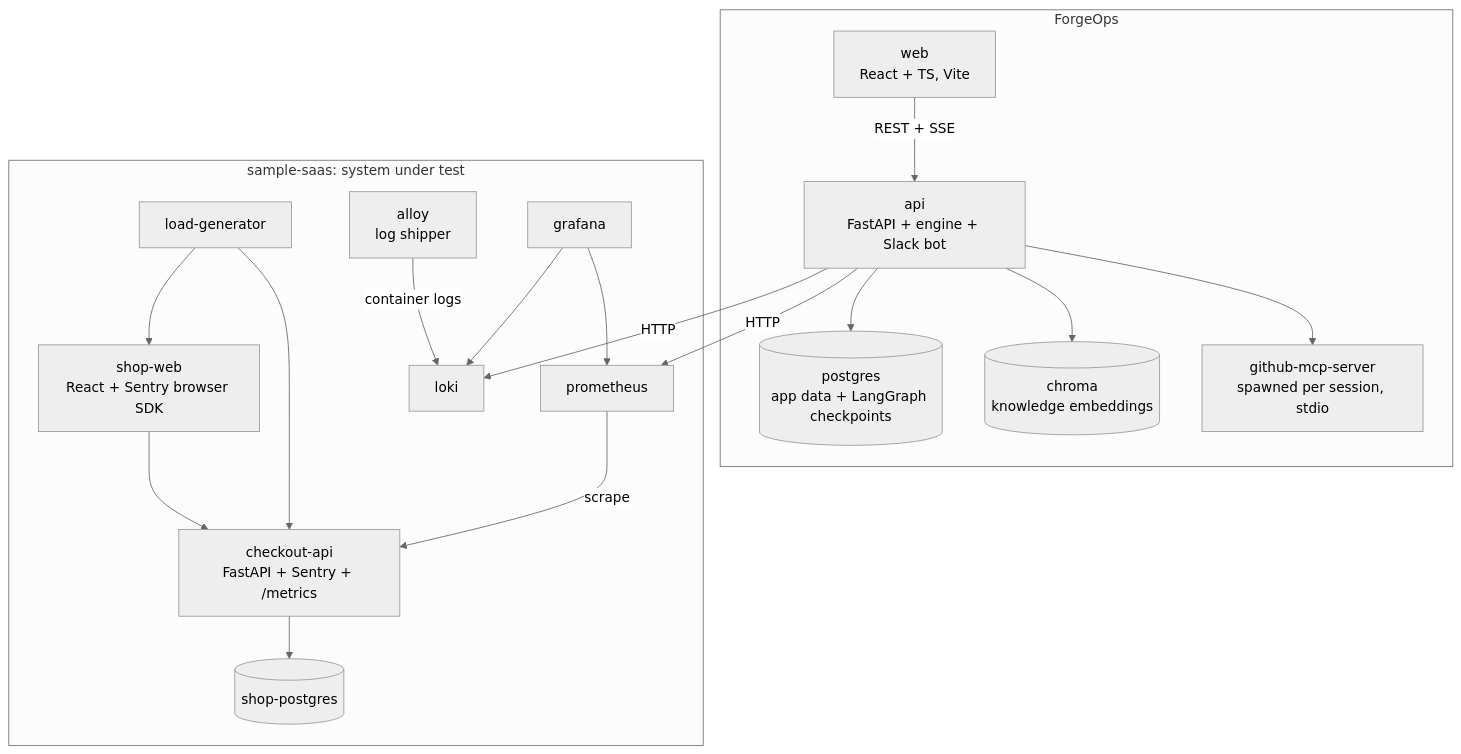
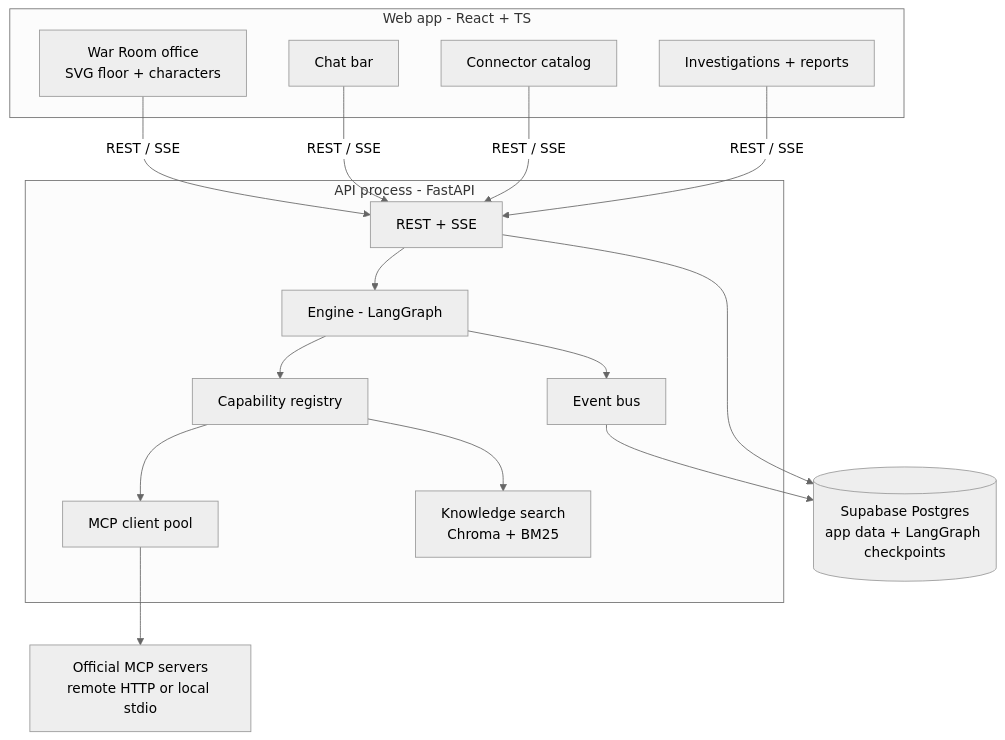
One commit to sanjaypc-github/Forgeops changed the second of 7 diagrams in docs/TRD.md. Above: the diagram before and after it, drawn with Mermaid (neutral theme). The commit also changed other lines of this file and 2 other files, not shown here.

Commit message:
Revise PRD and TRD to v2: area-based agents, MCP connector catalog, agent questions, chat bar

````diff
--- a/docs/TRD.md
+++ b/docs/TRD.md
@@ -43,34 +44,25 @@
 ```mermaid
 flowchart TB
-    subgraph forgeops[ForgeOps]
-        WEB[web<br/>React + TS, Vite]
-        API[api<br/>FastAPI + engine + Slack bot]
-        PG[(postgres<br/>app data + LangGraph checkpoints)]
-        CH[(chroma<br/>knowledge embeddings)]
-        GHMCP[github-mcp-server<br/>spawned per session, stdio]
+    subgraph web[Web app - React + TS]
+        OFFICE[War Room office<br/>SVG floor + characters]
+        CHAT[Chat bar]
+        CAT[Connector catalog]
+        HIST[Investigations + reports]
     end
-    subgraph sample[sample-saas: system under test]
-        SWEB[shop-web<br/>React + Sentry browser SDK]
-        SAPI[checkout-api<br/>FastAPI + Sentry + /metrics]
-        SPG[(shop-postgres)]
-        SPROM[prometheus]
-        SLOKI[loki]
-        ALLOY[alloy<br/>log shipper]
-        GRAF[grafana]
-        LOAD[load-generator]
+    subgraph api[API process - FastAPI]
+        REST[REST + SSE]
+        ENG[Engine - LangGraph]
+        REG[Capability registry]
+        MCPC[MCP client pool]
+        RAG[Knowledge search<br/>Chroma + BM25]
+        BUS[Event bus]
     end
+    PG[(Supabase Postgres<br/>app data + LangGraph checkpoints)]
+    MCPS[Official MCP servers<br/>remote HTTP or local stdio]
 
-    WEB -->|REST + SSE| API
-    API --> PG
-    API --> CH
-    API --> GHMCP
-    API -->|HTTP| SPROM
-    API -->|HTTP| SLOKI
-    SWEB --> SAPI --> SPG
-    LOAD --> SWEB
-    LOAD --> SAPI
-    SPROM -->|scrape| SAPI
-    ALLOY -->|container logs| SLOKI
-    GRAF --> SPROM
-    GRAF --> SLOKI
+    OFFICE & CHAT & CAT & HIST -->|REST / SSE| REST
+    REST --> ENG --> REG --> MCPC --> MCPS
+    REG --> RAG
+    ENG --> BUS --> PG
+    REST --> PG
 ```
````
